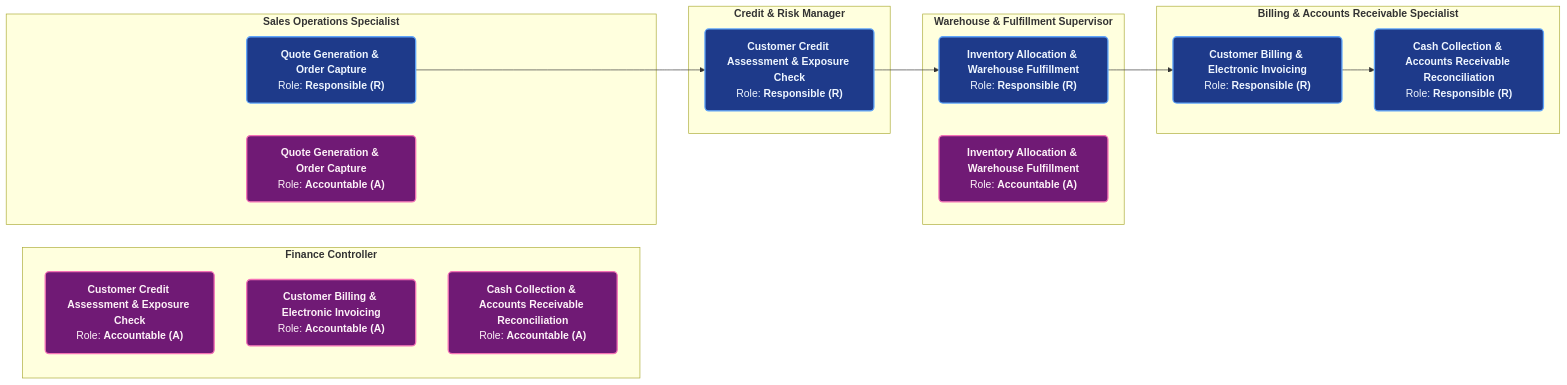
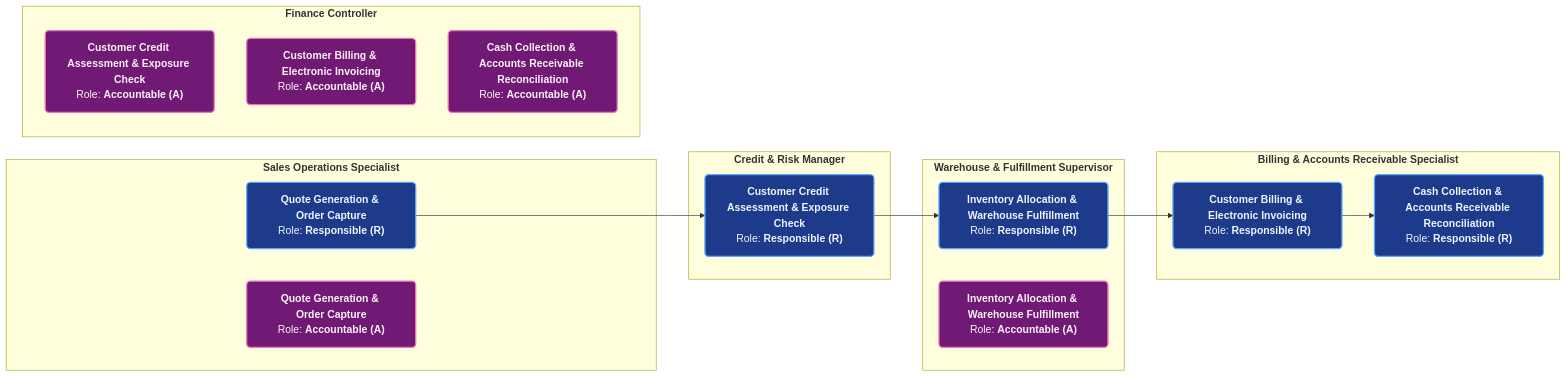
One commit to GeorgeYinDev/ValueChainModel changed the diagram in index/diagram_raci_swimlanes_o2c.mmd. Above: the diagram before and after it, drawn with Mermaid. The commit also changed other lines of this file and 41 other files, not shown here.

Commit message:
feat(phase6): Model Enrichment & Graph Expansion complete

```diff
--- a/index/diagram_raci_swimlanes_o2c.mmd
+++ b/index/diagram_raci_swimlanes_o2c.mmd
@@ -1,35 +1,35 @@
 flowchart LR
   %% RACI Swimlanes Styling
   classDef roleLane fill:#0f172a,stroke:#64748b,stroke-width:1px,color:#cbd5e1;
   classDef rNode fill:#1e3a8a,stroke:#60a5fa,stroke-width:2px,color:#eff6ff,rx:6,ry:6;
   classDef aNode fill:#701a75,stroke:#f472b6,stroke-width:2px,color:#fdf2f8,rx:6,ry:6;
 
   subgraph Sub_role_warehouse_supervisor ["<b>Warehouse &amp; Fulfillment Supervisor</b>"]
     o2c_003_inventory_allocation_fulfillment__R["<b>Inventory Allocation &amp; Warehouse Fulfillment</b><br/>Role: <b>Responsible (R)</b>"]:::rNode
     o2c_003_inventory_allocation_fulfillment__A["<b>Inventory Allocation &amp; Warehouse Fulfillment</b><br/>Role: <b>Accountable (A)</b>"]:::aNode
+  end
+
+  subgraph Sub_role_sales_ops_specialist ["<b>Sales Operations Specialist</b>"]
+    o2c_001_customer_quote_order_entry__R["<b>Quote Generation &amp; Order Capture</b><br/>Role: <b>Responsible (R)</b>"]:::rNode
+    o2c_001_customer_quote_order_entry__A["<b>Quote Generation &amp; Order Capture</b><br/>Role: <b>Accountable (A)</b>"]:::aNode
+  end
+
+  subgraph Sub_role_billing_specialist ["<b>Billing &amp; Accounts Receivable Specialist</b>"]
+    o2c_004_billing_invoice_generation__R["<b>Customer Billing &amp; Electronic Invoicing</b><br/>Role: <b>Responsible (R)</b>"]:::rNode
+    o2c_005_cash_collection_reconciliation__R["<b>Cash Collection &amp; Accounts Receivable Reconciliation</b><br/>Role: <b>Responsible (R)</b>"]:::rNode
   end
 
   subgraph Sub_role_finance_controller ["<b>Finance Controller</b>"]
     o2c_002_credit_check_approval__A["<b>Customer Credit Assessment &amp; Exposure Check</b><br/>Role: <b>Accountable (A)</b>"]:::aNode
     o2c_004_billing_invoice_generation__A["<b>Customer Billing &amp; Electronic Invoicing</b><br/>Role: <b>Accountable (A)</b>"]:::aNode
     o2c_005_cash_collection_reconciliation__A["<b>Cash Collection &amp; Accounts Receivable Reconciliation</b><br/>Role: <b>Accountable (A)</b>"]:::aNode
   end
 
   subgraph Sub_role_credit_manager ["<b>Credit &amp; Risk Manager</b>"]
     o2c_002_credit_check_approval__R["<b>Customer Credit Assessment &amp; Exposure Check</b><br/>Role: <b>Responsible (R)</b>"]:::rNode
   end
 
-  subgraph Sub_role_sales_ops_specialist ["<b>Sales Operations Specialist</b>"]
-    o2c_001_customer_quote_order_entry__R["<b>Quote Generation &amp; Order Capture</b><br/>Role: <b>Responsible (R)</b>"]:::rNode
-    o2c_001_customer_quote_order_entry__A["<b>Quote Generation &amp; Order Capture</b><br/>Role: <b>Accountable (A)</b>"]:::aNode
-  end
-
-  subgraph Sub_role_billing_specialist ["<b>Billing &amp; Accounts Receivable Specialist</b>"]
-    o2c_004_billing_invoice_generation__R["<b>Customer Billing &amp; Electronic Invoicing</b><br/>Role: <b>Responsible (R)</b>"]:::rNode
-    o2c_005_cash_collection_reconciliation__R["<b>Cash Collection &amp; Accounts Receivable Reconciliation</b><br/>Role: <b>Responsible (R)</b>"]:::rNode
-  end
-
   o2c_001_customer_quote_order_entry__R --> o2c_002_credit_check_approval__R
   o2c_003_inventory_allocation_fulfillment__R --> o2c_004_billing_invoice_generation__R
   o2c_002_credit_check_approval__R --> o2c_003_inventory_allocation_fulfillment__R
   o2c_004_billing_invoice_generation__R --> o2c_005_cash_collection_reconciliation__R
```
